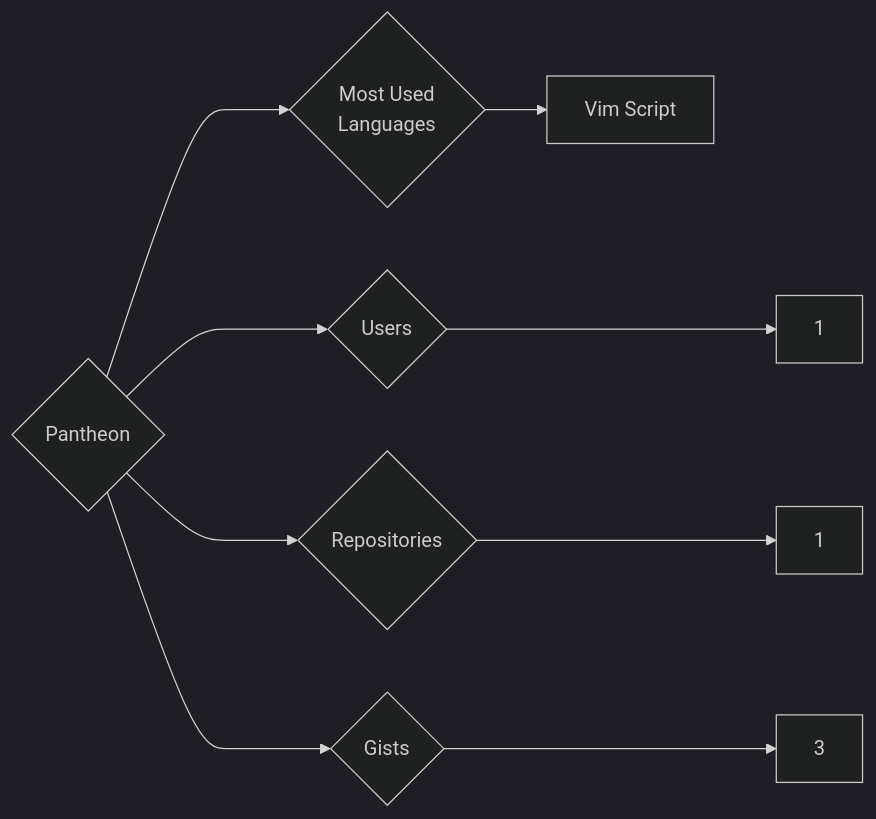
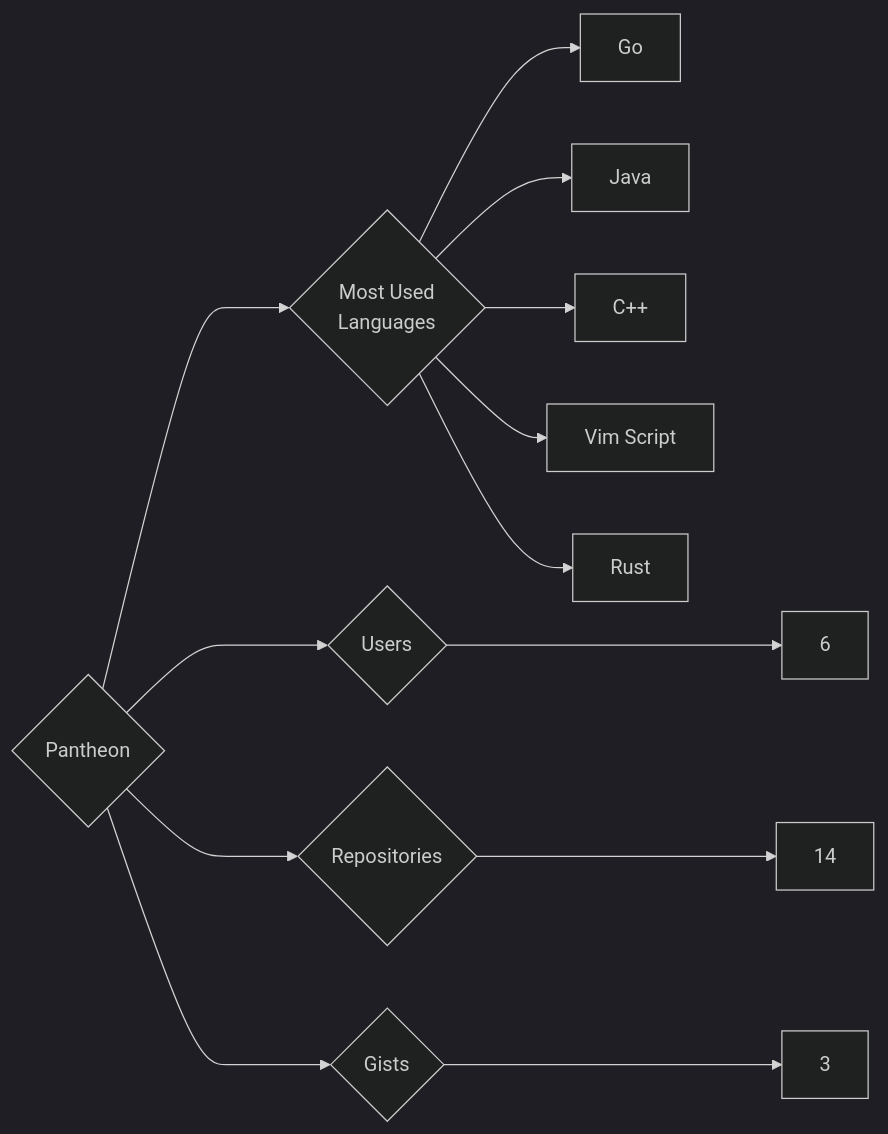
The diagram in targets/Pantheon/README.md (trickest/insiders), drawn with Mermaid (dark theme) before and after one commit. The commit also changed 534 other files, not shown here.

````diff
--- a/targets/Pantheon/README.md
+++ b/targets/Pantheon/README.md
@@ -3,9 +3,13 @@
 ```mermaid
 graph LR
 COMPANY_NAME{Pantheon}
-COMPANY_NAME ---> U{Users} ---> UN[1]
-COMPANY_NAME ---> R{Repositories} ---> RN[1]
+COMPANY_NAME ---> U{Users} ---> UN[6]
+COMPANY_NAME ---> R{Repositories} ---> RN[14]
 COMPANY_NAME ---> G{Gists} ---> GN[3]
 COMPANY_NAME ---> ML{Most Used<br>Languages}
+ML --> Go[Go]
+ML --> Java[Java]
+ML --> C++[C++]
 ML --> Vim_Script[Vim Script]
+ML --> Rust[Rust]
 ```
````
